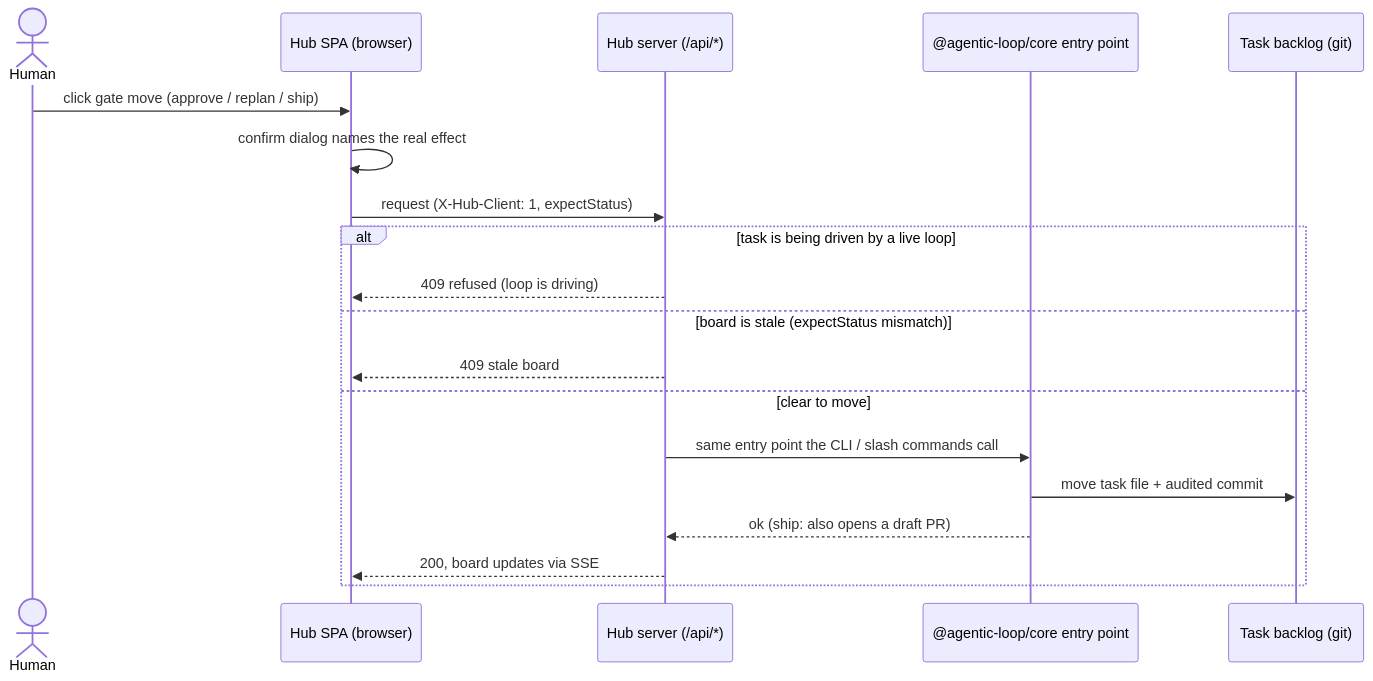
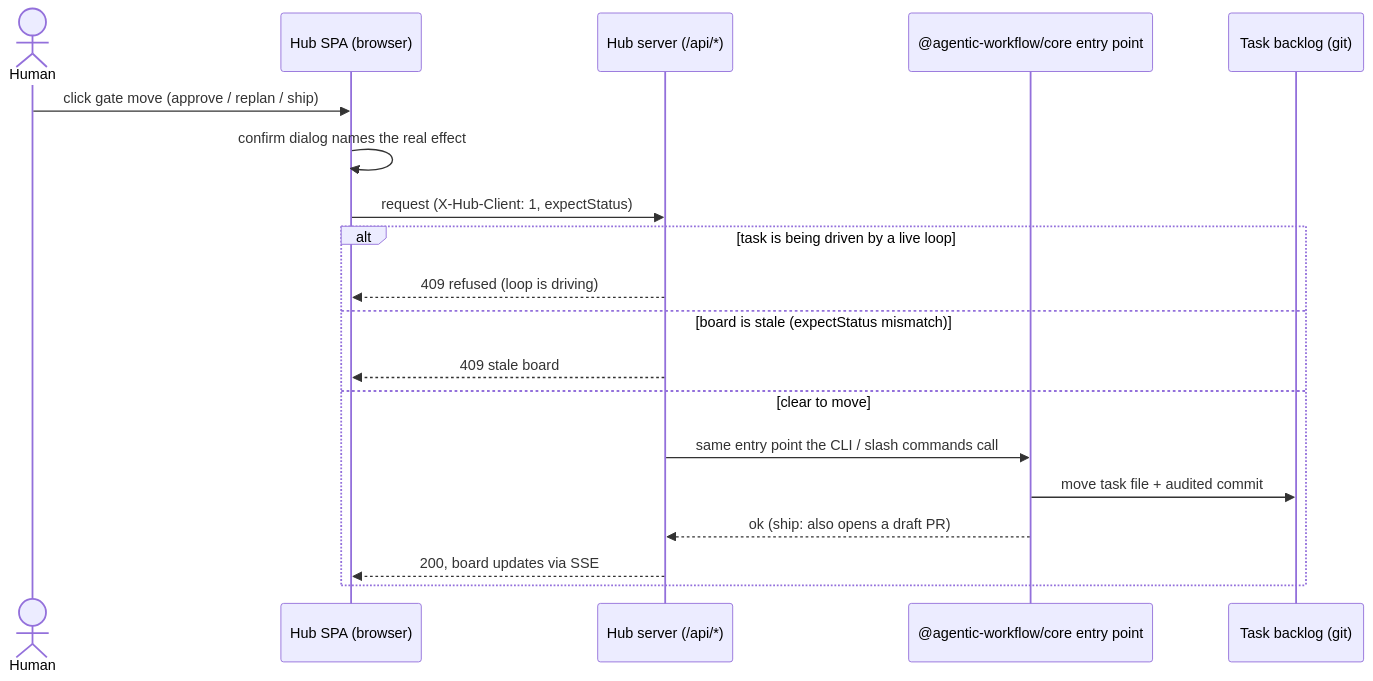
One commit to yenchang265-afk/agentic-workflow changed the diagram in packages/hub/README.md. Above: the diagram before and after it, drawn with Mermaid. The commit also changed other lines of this file and 507 other files, not shown here.

````diff
--- a/packages/hub/README.md
+++ b/packages/hub/README.md
@@ -94,22 +94,22 @@
   ```mermaid
   sequenceDiagram
       actor Human
       participant UI as Hub SPA (browser)
       participant API as Hub server (/api/*)
-      participant Core as @agentic-loop/core entry point
+      participant Core as @agentic-workflow/core entry point
       participant Git as Task backlog (git)
 
       Human->>UI: click gate move (approve / replan / ship)
       UI->>UI: confirm dialog names the real effect
       UI->>API: request (X-Hub-Client: 1, expectStatus)
       alt task is being driven by a live loop
           API-->>UI: 409 refused (loop is driving)
       else board is stale (expectStatus mismatch)
           API-->>UI: 409 stale board
       else clear to move
           API->>Core: same entry point the CLI / slash commands call
           Core->>Git: move task file + audited commit
           Core-->>API: ok (ship: also opens a draft PR)
           API-->>UI: 200, board updates via SSE
       end
   ```
````
